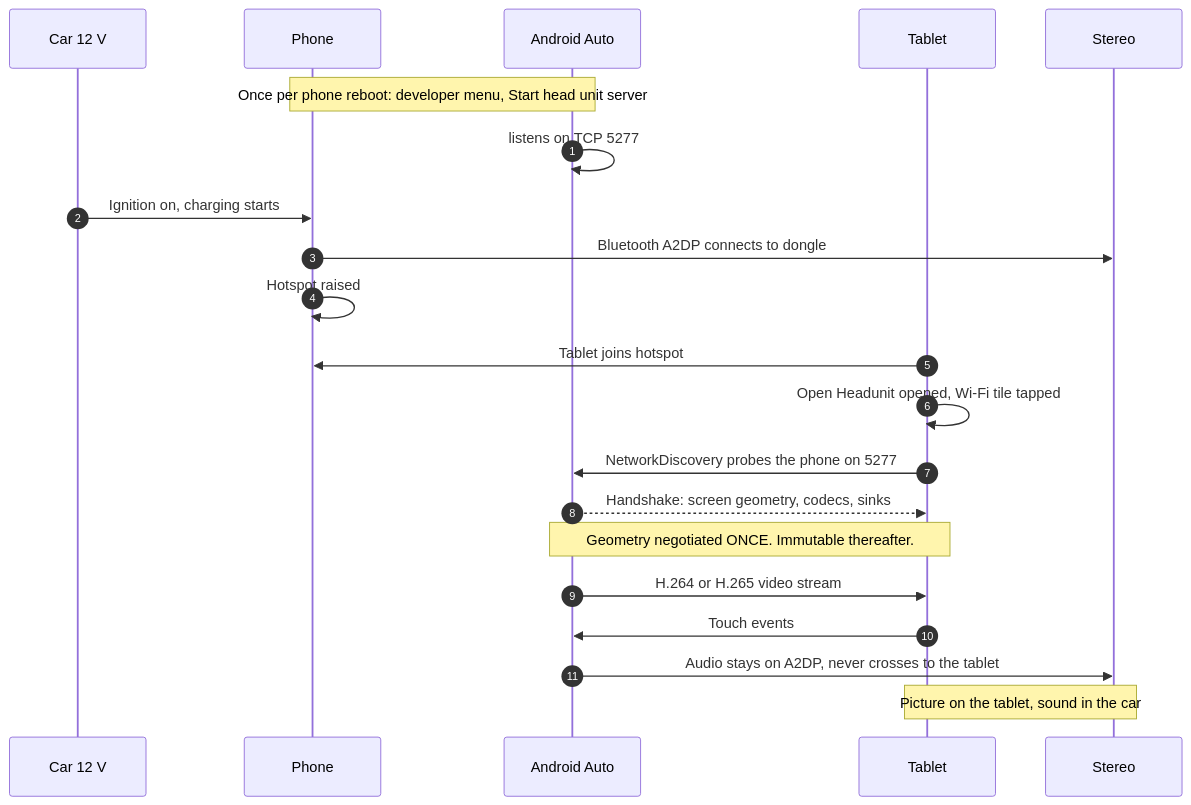
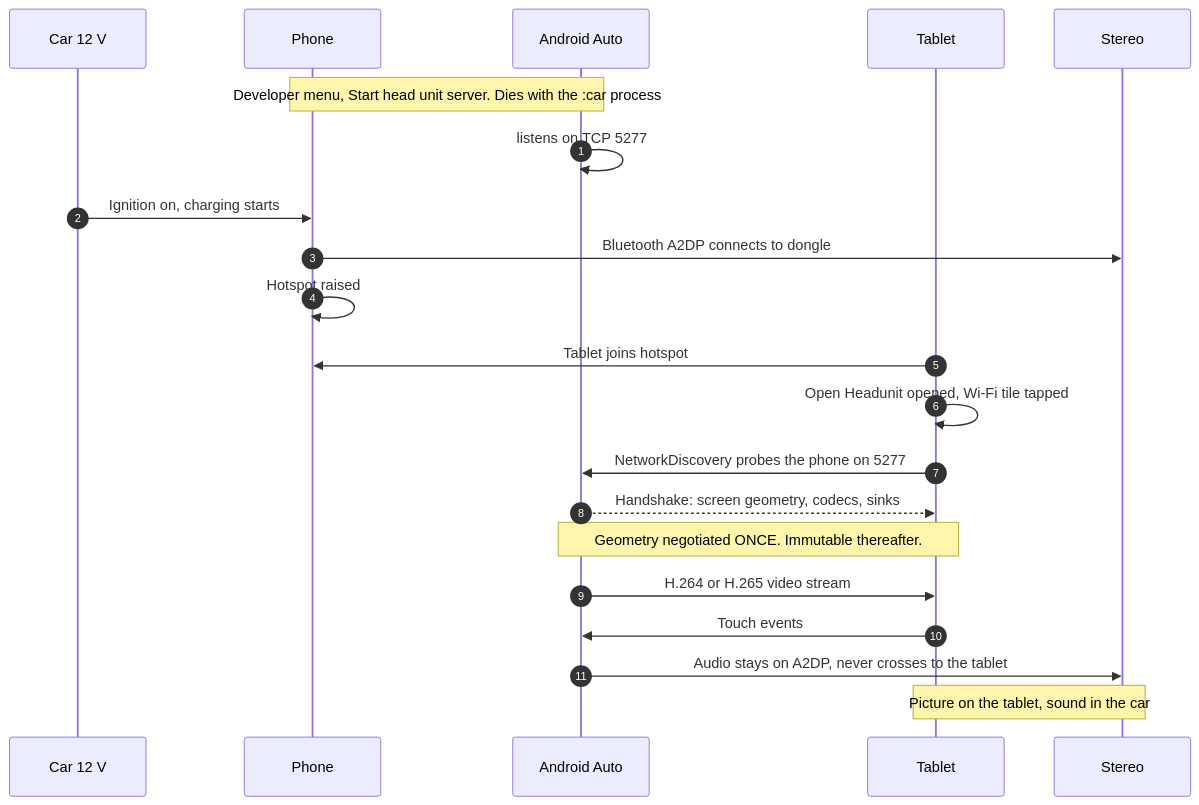
Before and after one commit to AbhiCollegeWork/thardeck: the third of 6 diagrams in docs/01-architecture.md, drawn with Mermaid. The commit also changed 6 other files, not shown here.

````diff
--- a/docs/01-architecture.md
+++ b/docs/01-architecture.md
@@ -120,24 +120,24 @@
 ```mermaid
 sequenceDiagram
     autonumber
     participant D as Car 12 V
     participant P as Phone
     participant G as Android Auto
     participant T as Tablet
     participant S as Stereo
 
-    Note over P,G: Once per phone reboot: developer menu, Start head unit server
+    Note over P,G: Developer menu, Start head unit server. Dies with the :car process
     G->>G: listens on TCP 5277
     D->>P: Ignition on, charging starts
     P->>S: Bluetooth A2DP connects to dongle
     P->>P: Hotspot raised
     T->>P: Tablet joins hotspot
     T->>T: Open Headunit opened, Wi-Fi tile tapped
     T->>G: NetworkDiscovery probes the phone on 5277
     G-->>T: Handshake: screen geometry, codecs, sinks
     Note over G,T: Geometry negotiated ONCE. Immutable thereafter.
     G->>T: H.264 or H.265 video stream
     T->>G: Touch events
     G->>S: Audio stays on A2DP, never crosses to the tablet
     Note over T,S: Picture on the tablet, sound in the car
 ```
````
